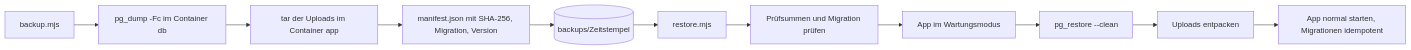
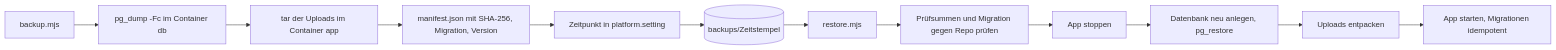
One commit to CaRo10Robert/SWeng_projekt2026 changed diagram 16 of 17 in docs/03-architektur/architektur.md. Above: the diagram before and after it, drawn with Mermaid. The commit also changed other lines of this file and 77 other files, not shown here.

````diff
--- a/docs/03-architektur/architektur.md
+++ b/docs/03-architektur/architektur.md
@@ -910,13 +910,14 @@
 ```mermaid
 flowchart LR
     B1["backup.mjs"] --> B2["pg_dump -Fc im Container db"]
     B2 --> B3["tar der Uploads im Container app"]
     B3 --> B4["manifest.json mit SHA-256, Migration, Version"]
-    B4 --> B5[("backups/Zeitstempel")]
+    B4 --> B6["Zeitpunkt in platform.setting"]
+    B6 --> B5[("backups/Zeitstempel")]
     B5 --> R1["restore.mjs"]
-    R1 --> R2["Prüfsummen und Migration prüfen"]
-    R2 --> R3["App im Wartungsmodus"]
-    R3 --> R4["pg_restore --clean"]
+    R1 --> R2["Prüfsummen und Migration gegen Repo prüfen"]
+    R2 --> R3["App stoppen"]
+    R3 --> R4["Datenbank neu anlegen, pg_restore"]
     R4 --> R5["Uploads entpacken"]
-    R5 --> R6["App normal starten, Migrationen idempotent"]
+    R5 --> R6["App starten, Migrationen idempotent"]
 ```
````
